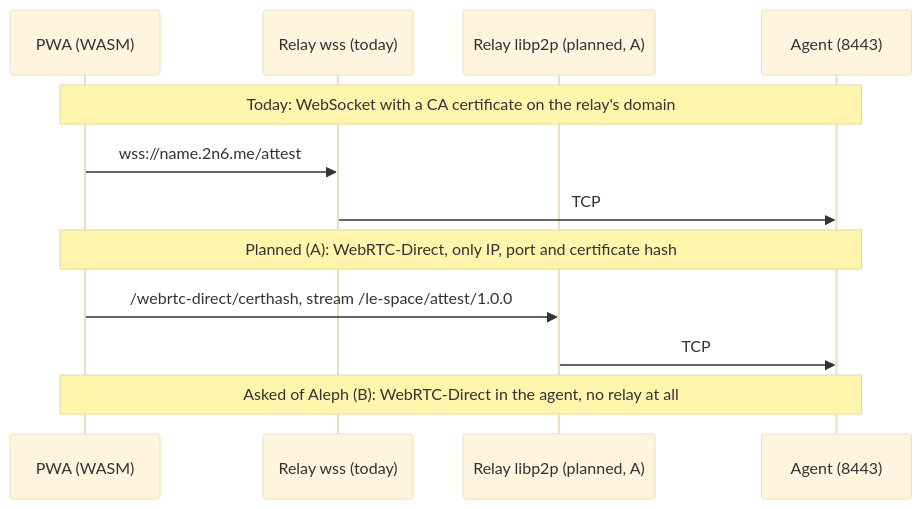
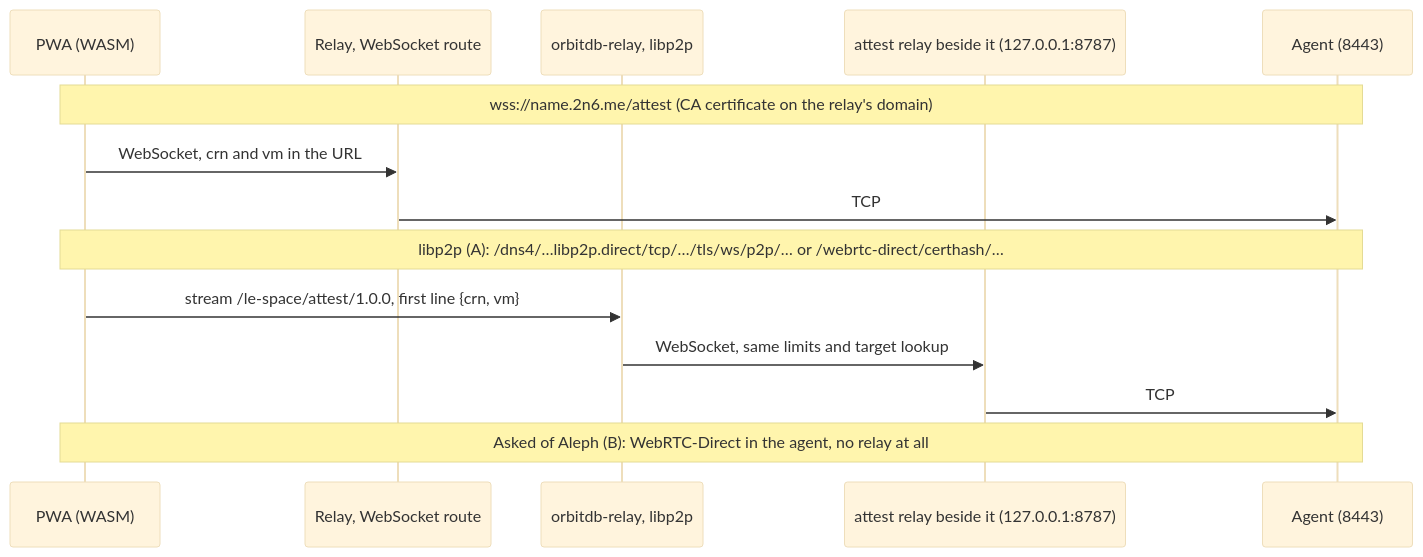
The fifth of 5 diagrams in docs/workflow.md (Le-Space/paperless-anywhere), drawn with Mermaid (base theme) before and after one commit. The commit also changed other lines of this file and 6 other files, not shown here.

First line of the commit message:
PWA: attest relays as a list, wss:// or an orbitdb-relay's multiaddr

````diff
--- a/docs/workflow.md
+++ b/docs/workflow.md
@@ -152,15 +154,17 @@
 ```mermaid
 sequenceDiagram
     participant PWA as PWA (WASM)
-    participant WSS as Relay wss (today)
-    participant P2P as Relay libp2p (planned, A)
+    participant WSS as Relay, WebSocket route
+    participant P2P as orbitdb-relay, libp2p
+    participant Local as attest relay beside it (127.0.0.1:8787)
     participant Agent as Agent (8443)
 
-    Note over PWA,Agent: Today: WebSocket with a CA certificate on the relay's domain
-    PWA->>WSS: wss://name.2n6.me/attest
+    Note over PWA,Agent: wss://name.2n6.me/attest (CA certificate on the relay's domain)
+    PWA->>WSS: WebSocket, crn and vm in the URL
     WSS->>Agent: TCP
-    Note over PWA,Agent: Planned (A): WebRTC-Direct, only IP, port and certificate hash
-    PWA->>P2P: /webrtc-direct/certhash, stream /le-space/attest/1.0.0
-    P2P->>Agent: TCP
+    Note over PWA,Agent: libp2p (A): /dns4/…libp2p.direct/tcp/…/tls/ws/p2p/… or /webrtc-direct/certhash/…
+    PWA->>P2P: stream /le-space/attest/1.0.0, first line {crn, vm}
+    P2P->>Local: WebSocket, same limits and target lookup
+    Local->>Agent: TCP
     Note over PWA,Agent: Asked of Aleph (B): WebRTC-Direct in the agent, no relay at all
 ```
````
